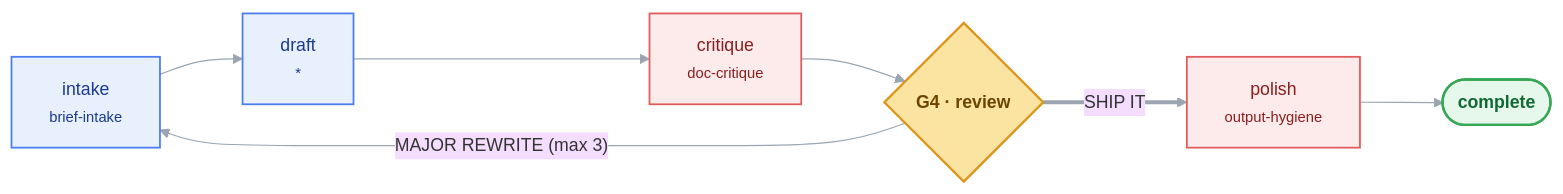
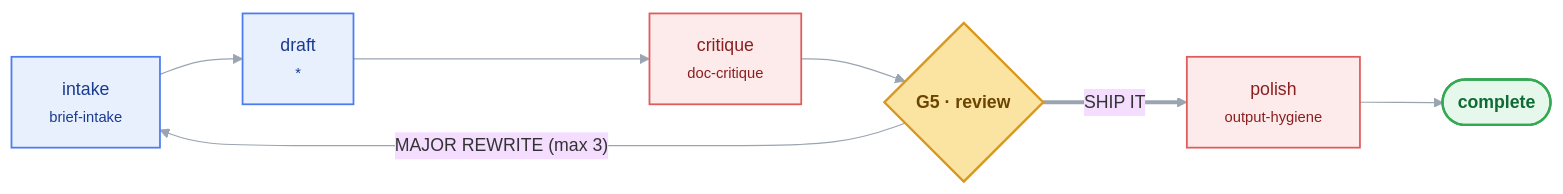
Before and after one commit to sananthanarayan/skilldrop: the diagram in docs/loops/ship-a-draft.mmd, drawn with Mermaid. The commit also changed 67 other files, not shown here.

```diff
--- a/docs/loops/ship-a-draft.mmd
+++ b/docs/loops/ship-a-draft.mmd
@@ -1,21 +1,21 @@
 %%{init: {'theme':'base','themeVariables':{'fontFamily':'Segoe UI, Helvetica, Arial','fontSize':'15px','lineColor':'#9AA5B1'},'flowchart':{'curve':'basis','rankSpacing':70,'nodeSpacing':50,'padding':16}}}%%
 flowchart LR
     classDef gen    fill:#E8F0FE,stroke:#4C7DF0,stroke-width:1.5px,color:#1A3A8F;
     classDef review fill:#FDEAEA,stroke:#E05B5B,stroke-width:1.5px,color:#8A1F1F;
     classDef gate   fill:#FBE3A2,stroke:#D9971E,stroke-width:2px,color:#6B4500,font-weight:bold;
     classDef ship   fill:#E6F7EC,stroke:#34A853,stroke-width:2px,color:#0F6B33,font-weight:bold;
 
     intake["intake<br/><small>brief-intake</small>"]:::gen
     draft["draft<br/><small>*</small>"]:::gen
     critique["critique<br/><small>doc-critique</small>"]:::review
     polish["polish<br/><small>output-hygiene</small>"]:::review
-    G4{"G4 · review"}:::gate
+    G5{"G5 · review"}:::gate
     DONE(["complete"]):::ship
 
     intake --> draft
     draft --> critique
-    critique --> G4
-    G4 == "SHIP IT" ==> polish
+    critique --> G5
+    G5 == "SHIP IT" ==> polish
     polish --> DONE
 
-    G4 -- "MAJOR REWRITE (max 3)" --> intake
+    G5 -- "MAJOR REWRITE (max 3)" --> intake
```
